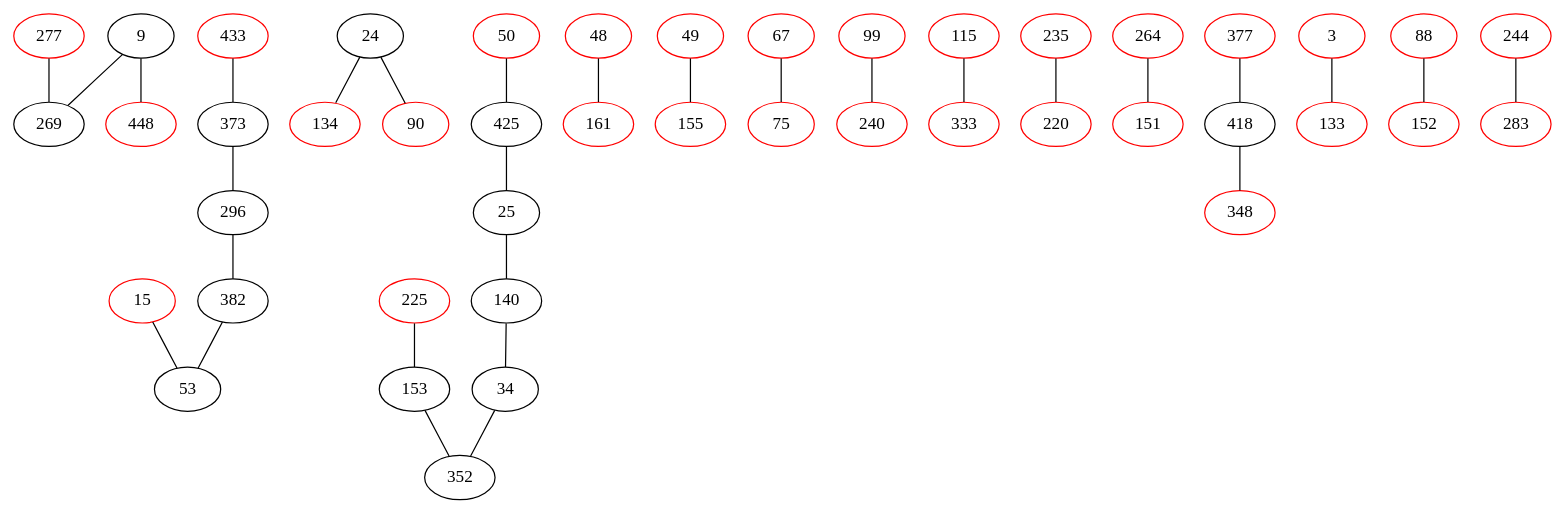
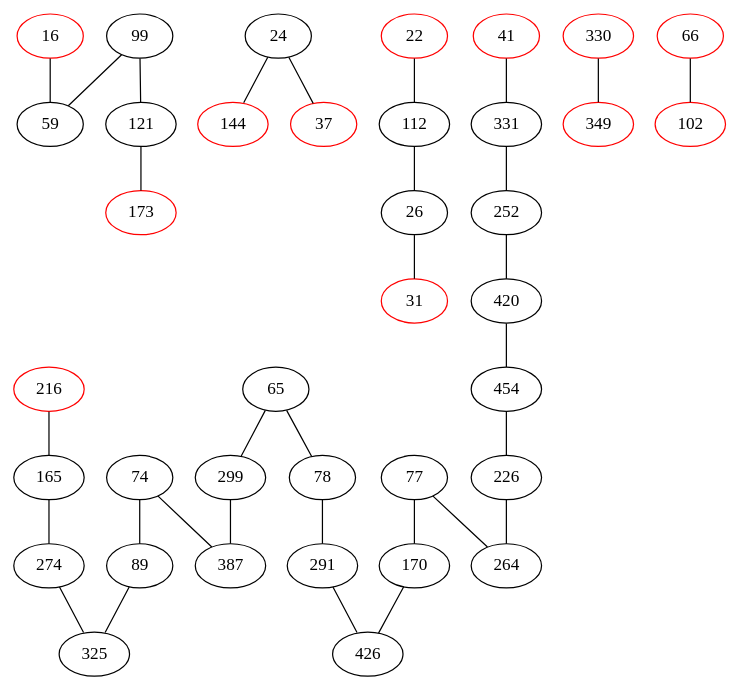
One commit to AuCson/Genome-Assembly-Implementation changed the diagram in external/dbg2olc/StrongCleanedBestOverlapGraph.dot. Above: the diagram before and after it, drawn with Graphviz. The commit also changed 105 other files, not shown here.

```diff
--- a/external/dbg2olc/StrongCleanedBestOverlapGraph.dot
+++ b/external/dbg2olc/StrongCleanedBestOverlapGraph.dot
@@ -1,104 +1,101 @@
 strict graph G {
-9 -- 269;
-15 -- 53;
-24 -- 134;
-25 -- 140;
-34 -- 352;
-48 -- 161;
-49 -- 155;
-50 -- 425;
-53 -- 15;
-67 -- 75;
-75 -- 67;
-99 -- 240;
-115 -- 333;
-134 -- 24;
-140 -- 34;
-153 -- 352;
-155 -- 49;
-225 -- 153;
-235 -- 220;
-240 -- 99;
-264 -- 151;
-269 -- 9;
-277 -- 269;
-296 -- 382;
-333 -- 115;
-352 -- 153;
-373 -- 296;
-382 -- 53;
-418 -- 348;
-425 -- 25;
-433 -- 373;
-3 -- 133;
-9 -- 448;
-24 -- 90;
-25 -- 425;
-34 -- 140;
-53 -- 382;
-88 -- 152;
-90 -- 24;
-133 -- 3;
-140 -- 25;
-151 -- 264;
-152 -- 88;
-153 -- 225;
-161 -- 48;
-220 -- 235;
-244 -- 283;
-269 -- 277;
-283 -- 244;
-296 -- 373;
-348 -- 418;
-352 -- 34;
-373 -- 433;
-377 -- 418;
-382 -- 296;
-418 -- 377;
-425 -- 50;
-448 -- 9;
-3[color=red];
-9
-15[color=red];
+16 -- 59;
+24 -- 144;
+26 -- 31;
+59 -- 16;
+65 -- 299;
+74 -- 89;
+77 -- 170;
+78 -- 291;
+89 -- 325;
+99 -- 59;
+112 -- 26;
+121 -- 173;
+165 -- 274;
+170 -- 426;
+216 -- 165;
+226 -- 264;
+252 -- 420;
+264 -- 226;
+274 -- 325;
+291 -- 78;
+299 -- 387;
+325 -- 274;
+330 -- 349;
+331 -- 252;
+387 -- 299;
+420 -- 454;
+426 -- 170;
+454 -- 226;
+22 -- 112;
+24 -- 37;
+26 -- 112;
+31 -- 26;
+37 -- 24;
+41 -- 331;
+59 -- 99;
+65 -- 78;
+66 -- 102;
+74 -- 387;
+77 -- 264;
+78 -- 65;
+89 -- 74;
+99 -- 121;
+102 -- 66;
+112 -- 22;
+121 -- 99;
+144 -- 24;
+165 -- 216;
+170 -- 77;
+173 -- 121;
+226 -- 454;
+252 -- 331;
+264 -- 77;
+274 -- 165;
+291 -- 426;
+299 -- 65;
+325 -- 89;
+331 -- 41;
+349 -- 330;
+387 -- 74;
+420 -- 252;
+426 -- 291;
+454 -- 420;
+16[color=red];
+22[color=red];
 24
-25
-34
-48[color=red];
-49[color=red];
-50[color=red];
-53
-67[color=red];
-75[color=red];
-88[color=red];
-90[color=red];
-99[color=red];
-115[color=red];
-133[color=red];
-134[color=red];
-140
-151[color=red];
-152[color=red];
-153
-155[color=red];
-161[color=red];
-220[color=red];
-225[color=red];
-235[color=red];
-240[color=red];
-244[color=red];
-264[color=red];
-269
-277[color=red];
-283[color=red];
-296
-333[color=red];
-348[color=red];
-352
-373
-377[color=red];
-382
-418
-425
-433[color=red];
-448[color=red];
+26
+31[color=red];
+37[color=red];
+41[color=red];
+59
+65
+66[color=red];
+74
+77
+78
+89
+99
+102[color=red];
+112
+121
+144[color=red];
+165
+170
+173[color=red];
+216[color=red];
+226
+252
+264
+274
+291
+299
+325
+330[color=red];
+331
+349[color=red];
+387
+420
+426
+454
 }
```
